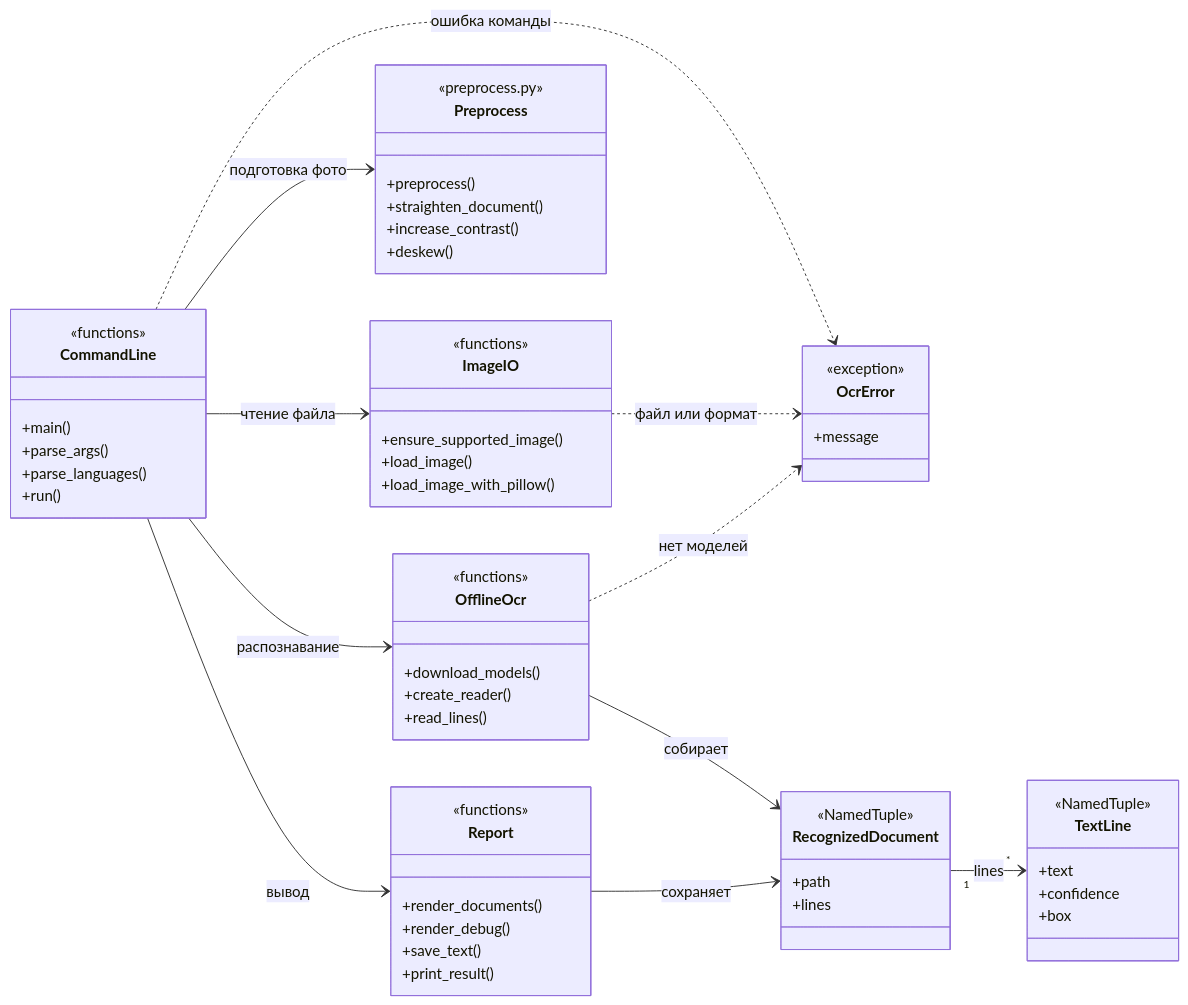
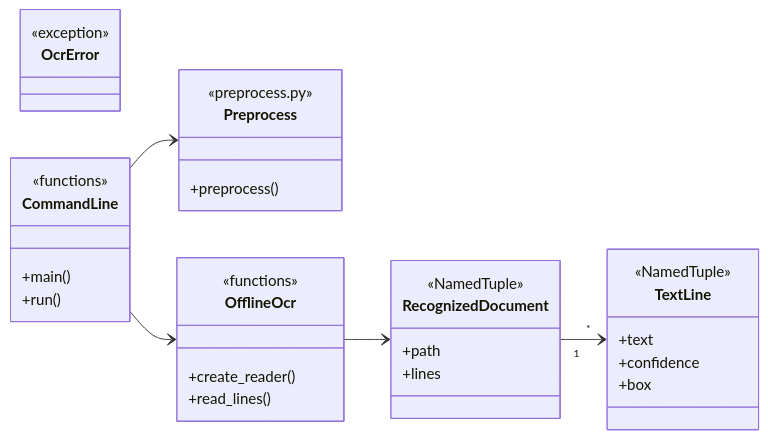
The diagram in README.md (ursusandwolf/doc-photo-ocr), drawn with Mermaid before and after one commit. The commit also changed other lines of this file and 10 other files, not shown here.

````diff
--- a/README.md
+++ b/README.md
@@ -64,71 +48,36 @@
 ```mermaid
 classDiagram
     direction LR
-
     class OcrError {
         <<exception>>
-        +message
     }
-
     class TextLine {
         <<NamedTuple>>
         +text
         +confidence
         +box
     }
-
     class RecognizedDocument {
         <<NamedTuple>>
         +path
         +lines
     }
-
     class CommandLine {
         <<functions>>
         +main()
-        +parse_args()
-        +parse_languages()
         +run()
     }
-
-    class ImageIO {
-        <<functions>>
-        +ensure_supported_image()
-        +load_image()
-        +load_image_with_pillow()
-    }
-
     class Preprocess {
         <<preprocess.py>>
         +preprocess()
-        +straighten_document()
-        +increase_contrast()
-        +deskew()
     }
-
     class OfflineOcr {
         <<functions>>
-        +download_models()
         +create_reader()
         +read_lines()
     }
-
-    class Report {
-        <<functions>>
-        +render_documents()
-        +render_debug()
-        +save_text()
-        +print_result()
-    }
-
-    RecognizedDocument "1" --> "*" TextLine : lines
-    CommandLine --> ImageIO : чтение файла
-    CommandLine --> Preprocess : подготовка фото
-    CommandLine --> OfflineOcr : распознавание
-    CommandLine --> Report : вывод
-    OfflineOcr --> RecognizedDocument : собирает
-    Report --> RecognizedDocument : сохраняет
-    CommandLine ..> OcrError : ошибка команды
-    ImageIO ..> OcrError : файл или формат
-    OfflineOcr ..> OcrError : нет моделей
+    RecognizedDocument "1" --> "*" TextLine
+    CommandLine --> Preprocess
+    CommandLine --> OfflineOcr
+    OfflineOcr --> RecognizedDocument
 ```
````
